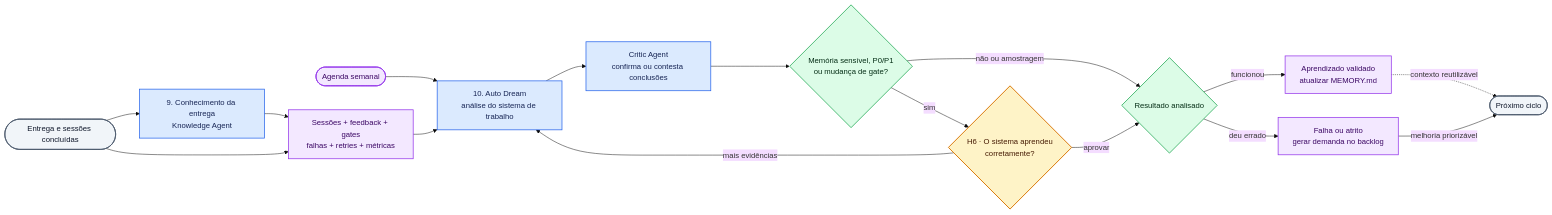
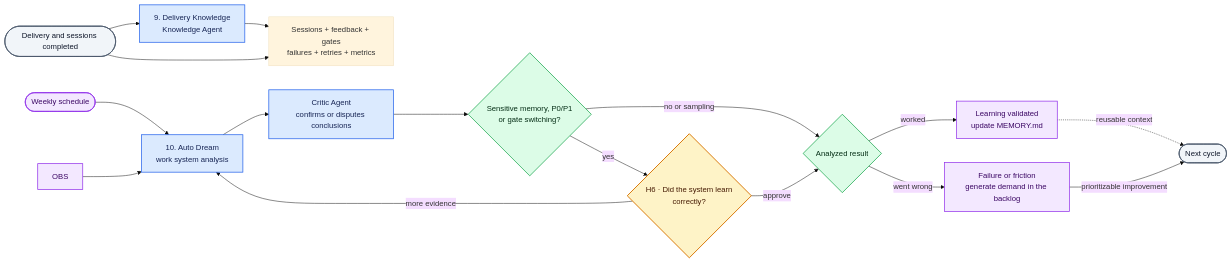
The sixth of 6 diagrams in workspaces/tech-lead/docs/rules/journey-by-phase.md (diododias/ai-manifest), drawn with Mermaid (base theme) before and after one commit. The commit also changed other lines of this file and 294 other files, not shown here.

````diff
--- a/workspaces/tech-lead/docs/rules/journey-by-phase.md
+++ b/workspaces/tech-lead/docs/rules/journey-by-phase.md
@@ -254,39 +254,39 @@
 ```mermaid
 flowchart LR
-    IN([Entrega e sessões concluídas])
-    S9["9. Conhecimento da entrega<br/>Knowledge Agent"]
-    OBS["Sessões + feedback + gates<br/>falhas + retries + métricas"]
-    WEEK([Agenda semanal])
-    S10["10. Auto Dream<br/>análise do sistema de trabalho"]
-    CRITIC["Critic Agent<br/>confirma ou contesta conclusões"]
-    SENSITIVE{"Memória sensível, P0/P1<br/>ou mudança de gate?"}
-    H6{"H6 · O sistema aprendeu<br/>corretamente?"}
-    TYPE{"Resultado analisado"}
-    MEMORY["Aprendizado validado<br/>atualizar MEMORY.md"]
-    DEMAND["Falha ou atrito<br/>gerar demanda no backlog"]
-    BACKLOG([Próximo ciclo])
+    IN([Delivery and sessions completed])
+    S9["9. Delivery Knowledge<br/>Knowledge Agent"]
+    NOTE["Sessions + feedback + gates<br/>failures + retries + metrics"]
+    WEEK([Weekly schedule])
+    S10["10. Auto Dream<br/>work system analysis"]
+    CRITIC["Critic Agent<br/>confirms or disputes conclusions"]
+    SENSITIVE{"Sensitive memory, P0/P1<br/>or gate switching?"}
+    H6{"H6 · Did the system learn<br/>correctly?"}
+    TYPE{"Analyzed result"}
+    MEMORY["Learning validated<br/>update MEMORY.md"]
+    DEMAND["Failure or friction<br/>generate demand in the backlog"]
+    BACKLOG([Next cycle])
 
-    IN --> S9 --> OBS
-    IN --> OBS
+    IN --> S9 --> NOTE
+    IN --> NOTE
     WEEK --> S10
     OBS --> S10 --> CRITIC --> SENSITIVE
-    SENSITIVE -- "sim" --> H6
-    SENSITIVE -- "não ou amostragem" --> TYPE
-    H6 -- "aprovar" --> TYPE
-    H6 -- "mais evidências" --> S10
-    TYPE -- "funcionou" --> MEMORY
-    TYPE -- "deu errado" --> DEMAND
-    MEMORY -. "contexto reutilizável" .-> BACKLOG
-    DEMAND -- "melhoria priorizável" --> BACKLOG
+    SENSITIVE -- "yes" --> H6
+    SENSITIVE -- "no or sampling" --> TYPE
+    H6 -- "approve" --> TYPE
+    H6 -- "more evidence" --> S10
+    TYPE -- "worked" --> MEMORY
+    TYPE -- "went wrong" --> DEMAND
+    MEMORY -. "reusable context" .-> BACKLOG
+    DEMAND -- "prioritizable improvement" --> BACKLOG
 
     classDef agent fill:#dbeafe,stroke:#2563eb,color:#172554,stroke-width:1.5px;
     classDef automation fill:#dcfce7,stroke:#16a34a,color:#052e16,stroke-width:1.5px;
     classDef human fill:#fef3c7,stroke:#d97706,color:#451a03,stroke-width:2px;
     classDef knowledge fill:#f3e8ff,stroke:#9333ea,color:#3b0764,stroke-width:1.5px;
     classDef terminal fill:#f1f5f9,stroke:#475569,color:#0f172a,stroke-width:1.5px;
     class S9,S10,CRITIC agent;
     class SENSITIVE,TYPE automation;
     class H6 human;
     class OBS,WEEK,MEMORY,DEMAND knowledge;
     class IN,BACKLOG terminal;
 ```
````
